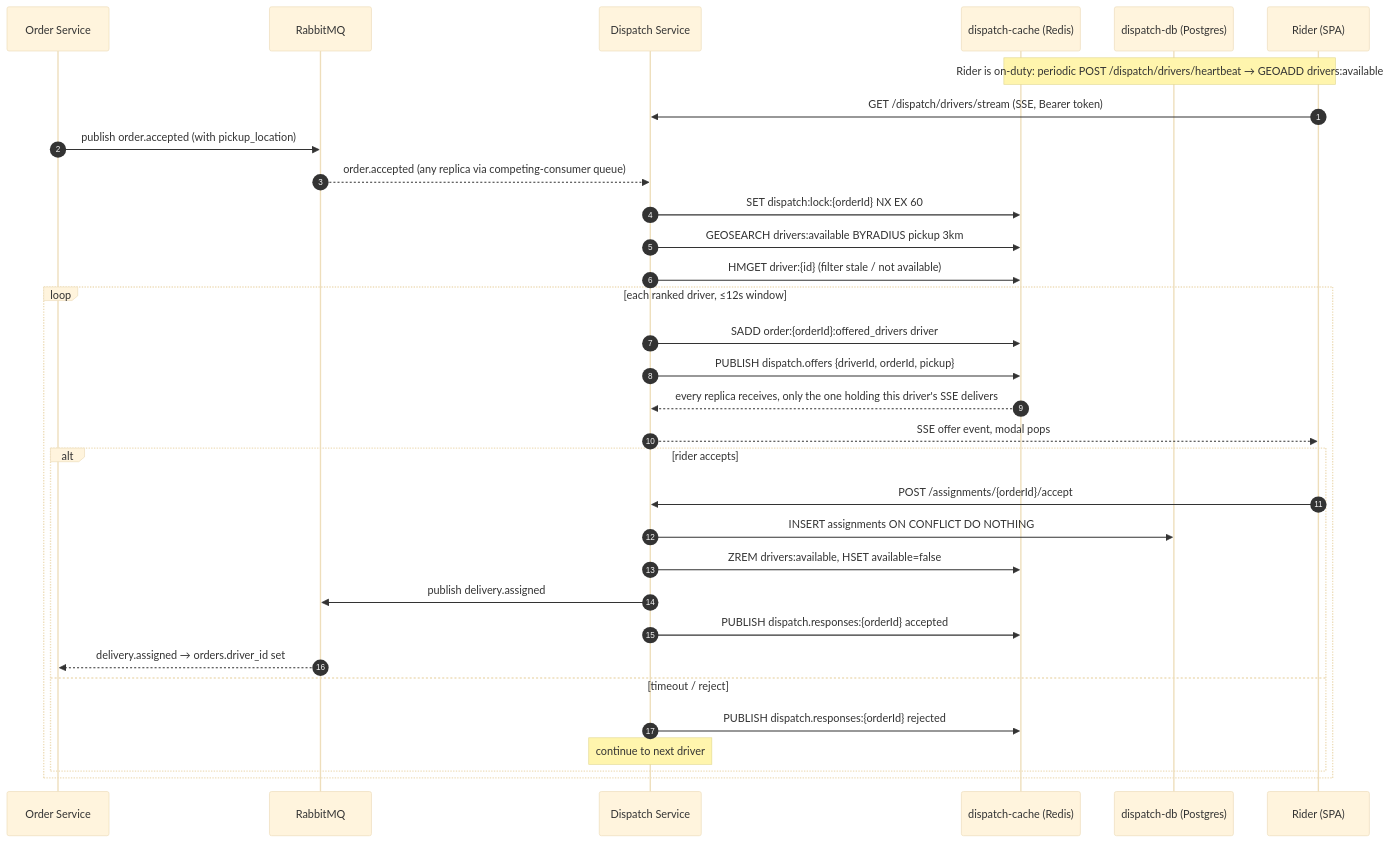
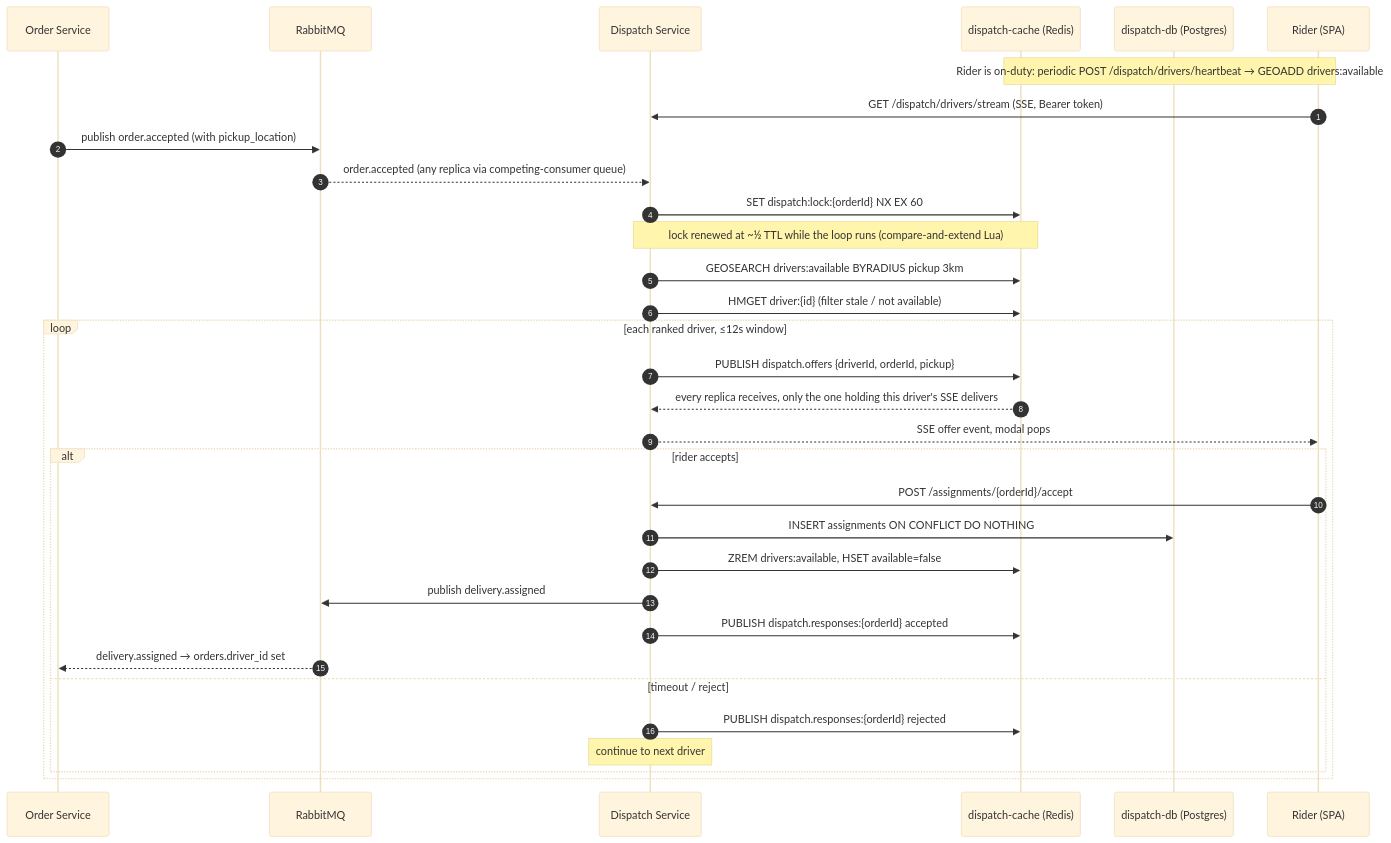
The seventh of 8 diagrams in README.md (ThePainTester/food-delivery), drawn with Mermaid (base theme) before and after one commit. The commit also changed 4 other files, not shown here.

Commit message:
implement compare-and-extend lua instead of tracking offered drivers in dispatch service

````diff
--- a/README.md
+++ b/README.md
@@ -230,35 +230,35 @@
 ```mermaid
 sequenceDiagram
   autonumber
   participant OS as Order Service
   participant MQ as RabbitMQ
   participant DS as Dispatch Service
   participant Redis as dispatch-cache (Redis)
   participant PG as dispatch-db (Postgres)
   participant R as Rider (SPA)
 
   Note over R,Redis: Rider is on-duty: periodic POST /dispatch/drivers/heartbeat → GEOADD drivers:available
   R->>DS: GET /dispatch/drivers/stream (SSE, Bearer token)
   OS->>MQ: publish order.accepted (with pickup_location)
   MQ-->>DS: order.accepted (any replica via competing-consumer queue)
   DS->>Redis: SET dispatch:lock:{orderId} NX EX 60
+  Note over DS,Redis: lock renewed at ~½ TTL while the loop runs (compare-and-extend Lua)
   DS->>Redis: GEOSEARCH drivers:available BYRADIUS pickup 3km
   DS->>Redis: HMGET driver:{id} (filter stale / not available)
   loop each ranked driver, ≤12s window
-    DS->>Redis: SADD order:{orderId}:offered_drivers driver
     DS->>Redis: PUBLISH dispatch.offers {driverId, orderId, pickup}
     Redis-->>DS: every replica receives, only the one holding this driver's SSE delivers
     DS-->>R: SSE offer event, modal pops
     alt rider accepts
       R->>DS: POST /assignments/{orderId}/accept
       DS->>PG: INSERT assignments ON CONFLICT DO NOTHING
       DS->>Redis: ZREM drivers:available, HSET available=false
       DS->>MQ: publish delivery.assigned
       DS->>Redis: PUBLISH dispatch.responses:{orderId} accepted
       MQ-->>OS: delivery.assigned → orders.driver_id set
     else timeout / reject
       DS->>Redis: PUBLISH dispatch.responses:{orderId} rejected
       Note over DS: continue to next driver
     end
   end
 ```
````
